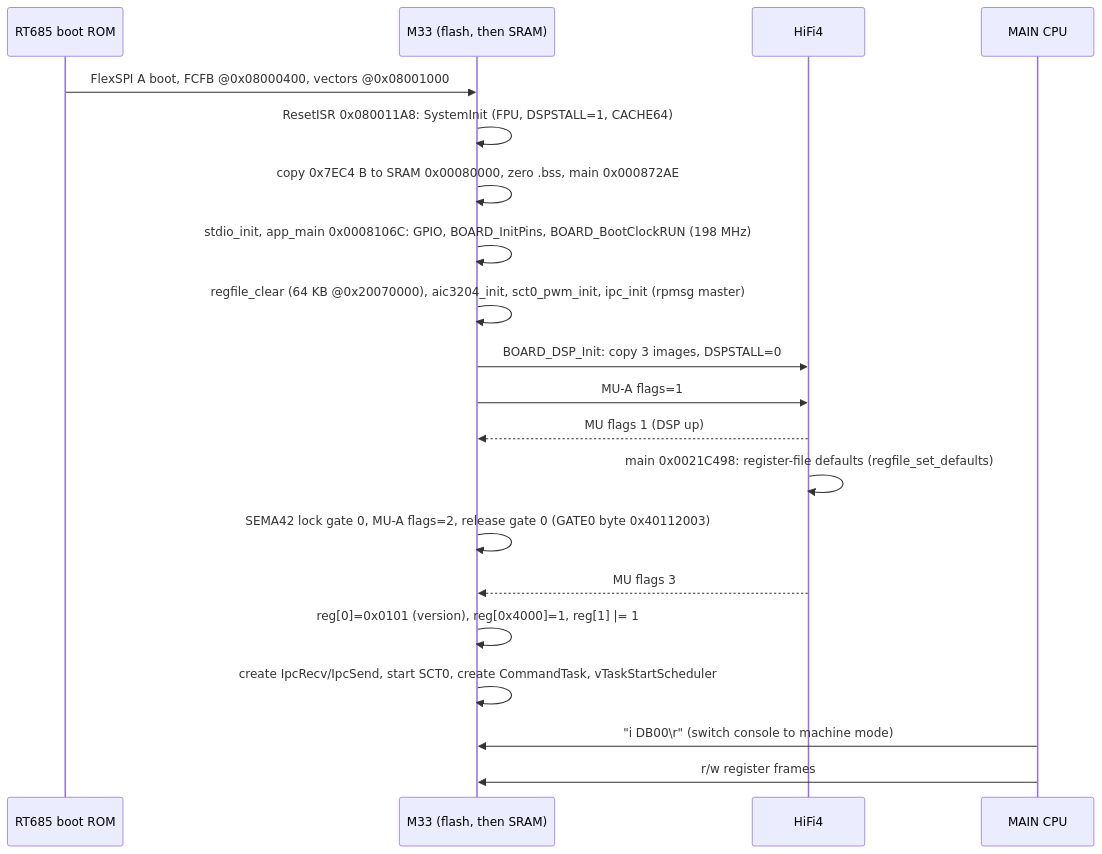
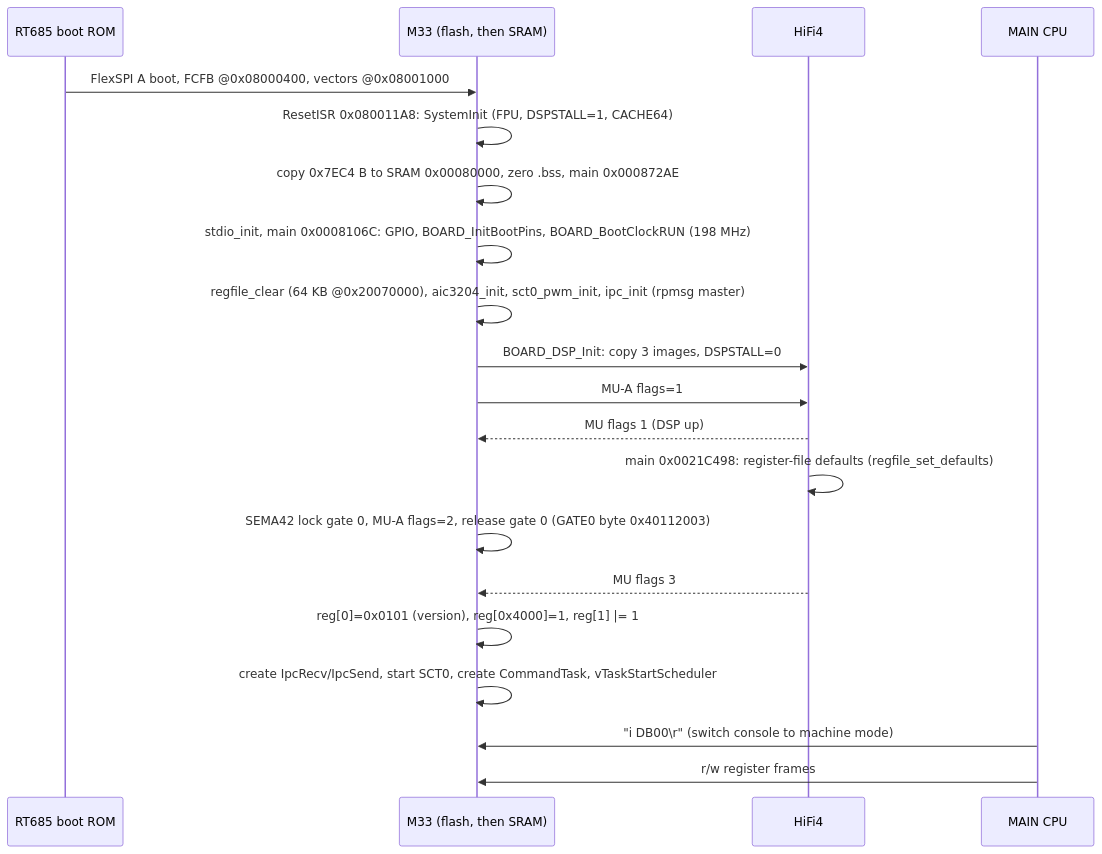
The second of 3 diagrams in docs/code/ifdsp/README.md (Reid-n0rc/FT-710_Firmware), drawn with Mermaid before and after one commit. The commit also changed other lines of this file and 8 other files, not shown here.

````diff
--- a/docs/code/ifdsp/README.md
+++ b/docs/code/ifdsp/README.md
@@ -61,22 +61,22 @@
 ```mermaid
 sequenceDiagram
   participant ROM as RT685 boot ROM
   participant M as M33 (flash, then SRAM)
   participant D as HiFi4
   participant MAIN as MAIN CPU
   ROM->>M: FlexSPI A boot, FCFB @0x08000400, vectors @0x08001000
   M->>M: ResetISR 0x080011A8: SystemInit (FPU, DSPSTALL=1, CACHE64)
   M->>M: copy 0x7EC4 B to SRAM 0x00080000, zero .bss, main 0x000872AE
-  M->>M: stdio_init, app_main 0x0008106C: GPIO, BOARD_InitPins, BOARD_BootClockRUN (198 MHz)
+  M->>M: stdio_init, main 0x0008106C: GPIO, BOARD_InitBootPins, BOARD_BootClockRUN (198 MHz)
   M->>M: regfile_clear (64 KB @0x20070000), aic3204_init, sct0_pwm_init, ipc_init (rpmsg master)
   M->>D: BOARD_DSP_Init: copy 3 images, DSPSTALL=0
   M->>D: MU-A flags=1
   D-->>M: MU flags 1 (DSP up)
   D->>D: main 0x0021C498: register-file defaults (regfile_set_defaults)
   M->>M: SEMA42 lock gate 0, MU-A flags=2, release gate 0 (GATE0 byte 0x40112003)
   D-->>M: MU flags 3
   M->>M: reg[0]=0x0101 (version), reg[0x4000]=1, reg[1] |= 1
   M->>M: create IpcRecv/IpcSend, start SCT0, create CommandTask, vTaskStartScheduler
   MAIN->>M: "i DB00\r" (switch console to machine mode)
   MAIN->>M: r/w register frames
 ```
````
